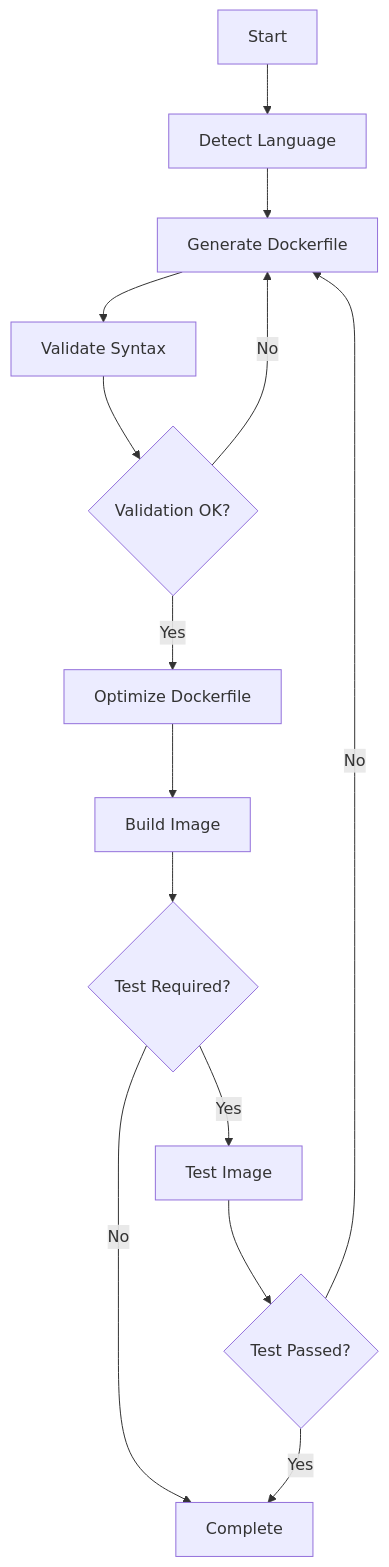
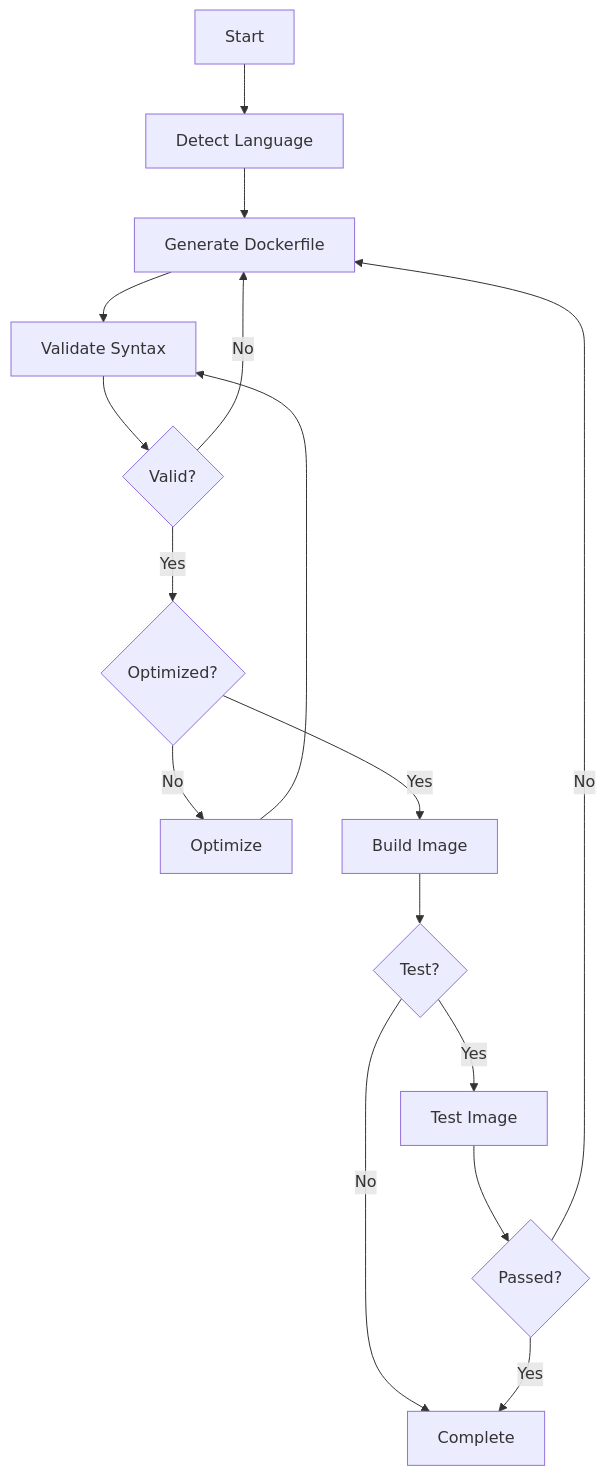
The diagram in README.md (tuval10/jit-ai-challenge), drawn with Mermaid before and after one commit. The commit also changed other lines of this file and 40 other files, not shown here.

````diff
--- a/README.md
+++ b/README.md
@@ -199,16 +70,18 @@
 ```mermaid
 graph TD
     A[Start] --> B[Detect Language]
     B --> C[Generate Dockerfile]
     C --> D[Validate Syntax]
-    D --> E{Validation OK?}
+    D --> E{Valid?}
     E -->|No| C
-    E -->|Yes| F[Optimize Dockerfile]
-    F --> G[Build Image]
-    G --> H{Test Required?}
-    H -->|Yes| I[Test Image]
-    H -->|No| J[Complete]
-    I --> K{Test Passed?}
-    K -->|No| C
-    K -->|Yes| J
+    E -->|Yes| F{Optimized?}
+    F -->|No| G[Optimize]
+    G --> D
+    F -->|Yes| H[Build Image]
+    H --> I{Test?}
+    I -->|Yes| J[Test Image]
+    I -->|No| K[Complete]
+    J --> L{Passed?}
+    L -->|No| C
+    L -->|Yes| K
 ```
````
